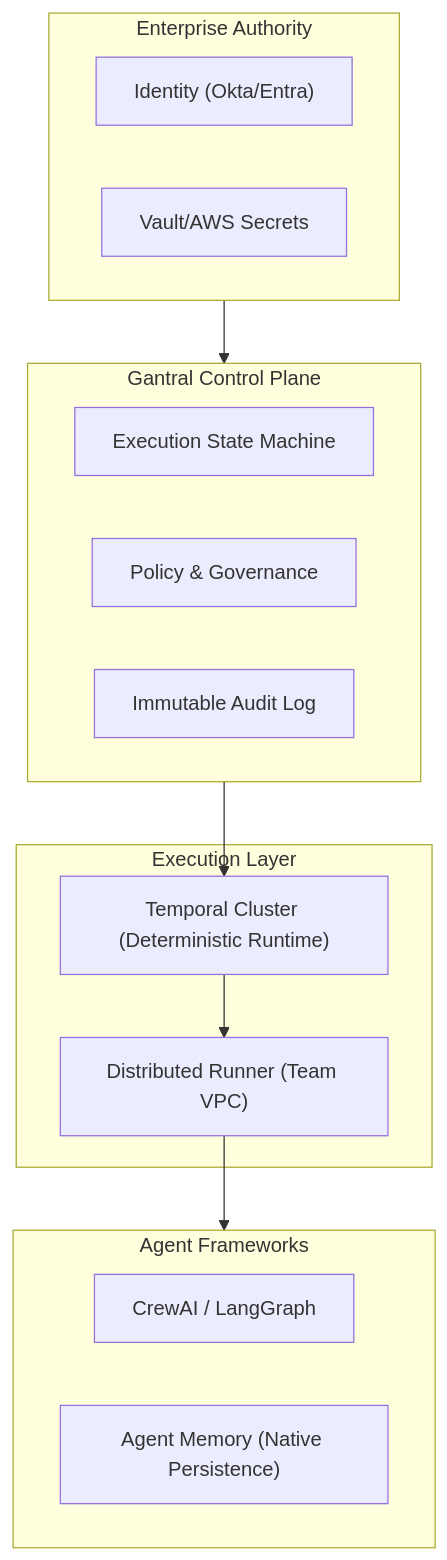
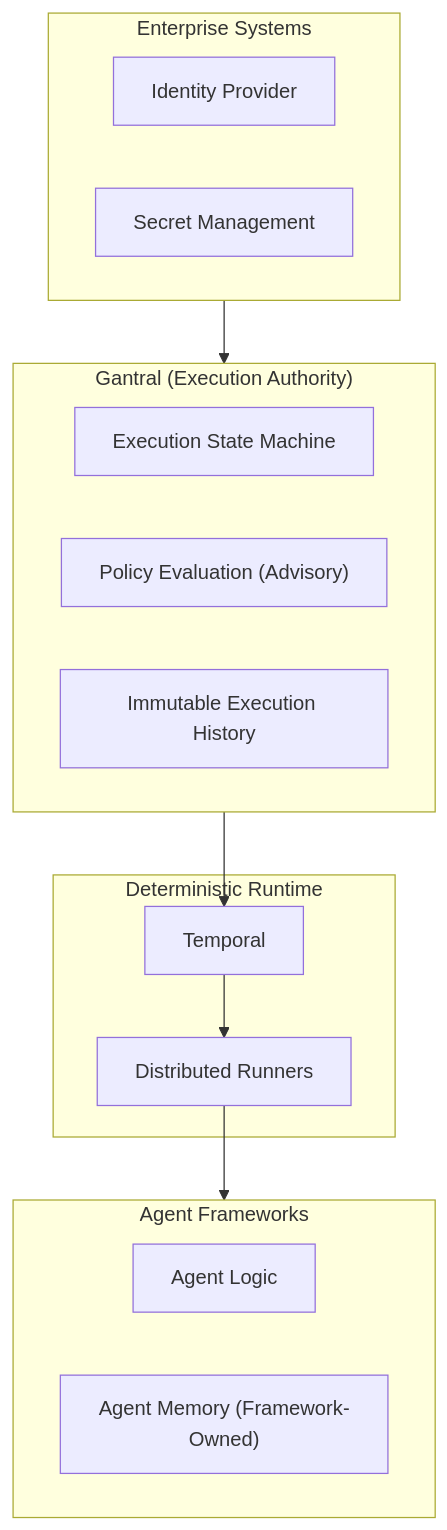
The diagram in README.md (Rainminds/gantral), drawn with Mermaid before and after one commit. The commit also changed other lines of this file and 6 other files, not shown here.

````diff
--- a/README.md
+++ b/README.md
@@ -24,28 +68,28 @@
 ```mermaid
 graph TD
-  subgraph Enterprise["Enterprise Authority"]
-    IdP["Identity (Okta/Entra)"]
-    Secrets["Vault/AWS Secrets"]
+  subgraph Enterprise["Enterprise Systems"]
+    IdP["Identity Provider"]
+    Secrets["Secret Management"]
   end
 
-  subgraph Gantral["Gantral Control Plane"]
+  subgraph Gantral["Gantral (Execution Authority)"]
     State["Execution State Machine"]
-    Policy["Policy & Governance"]
-    Audit["Immutable Audit Log"]
+    Policy["Policy Evaluation (Advisory)"]
+    Audit["Immutable Execution History"]
   end
 
-  subgraph Runtime["Execution Layer"]
-    Temporal["Temporal Cluster (Deterministic Runtime)"]
-    Runner["Distributed Runner (Team VPC)"]
+  subgraph Runtime["Deterministic Runtime"]
+    Temporal["Temporal"]
+    Runner["Distributed Runners"]
   end
 
   subgraph Agents["Agent Frameworks"]
-    AgentFw["CrewAI / LangGraph"]
-    Memory["Agent Memory (Native Persistence)"]
+    AgentFw["Agent Logic"]
+    Memory["Agent Memory (Framework-Owned)"]
   end
 
   Enterprise --> Gantral
   Gantral --> Temporal
   Temporal --> Runner
   Runner --> Agents
 ```
````
